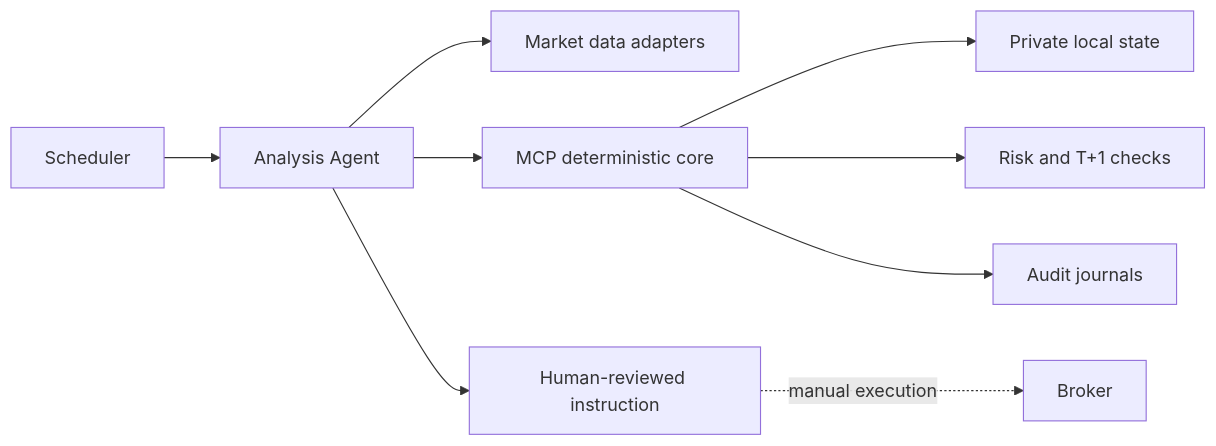
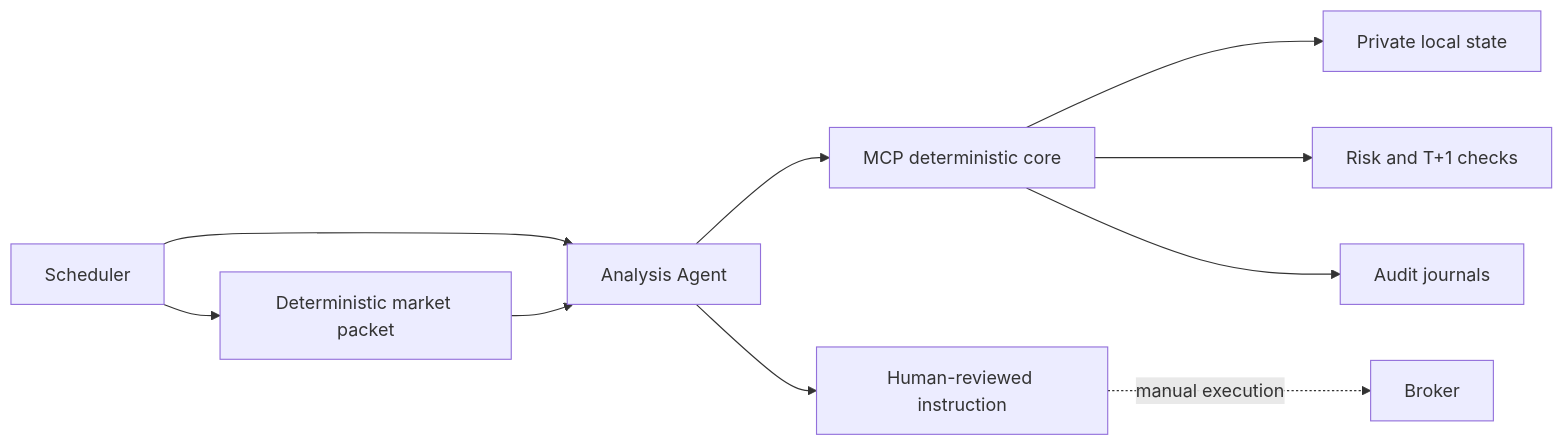
The diagram in README.md (Lolalola3/a-share-agent-trading-desk), drawn with Mermaid before and after one commit. The commit also changed other lines of this file and 12 other files, not shown here.

Commit message:
feat: add deterministic trader data and standalone nodes

````diff
--- a/README.md
+++ b/README.md
@@ -24,11 +25,12 @@
 ```mermaid
 flowchart LR
     S[Scheduler] --> A[Analysis Agent]
-    A --> D[Market data adapters]
+    S --> D[Deterministic market packet]
+    D --> A
     A --> M[MCP deterministic core]
     M --> P[Private local state]
     M --> R[Risk and T+1 checks]
     M --> J[Audit journals]
     A --> U[Human-reviewed instruction]
     U -. manual execution .-> B[Broker]
 ```
````
